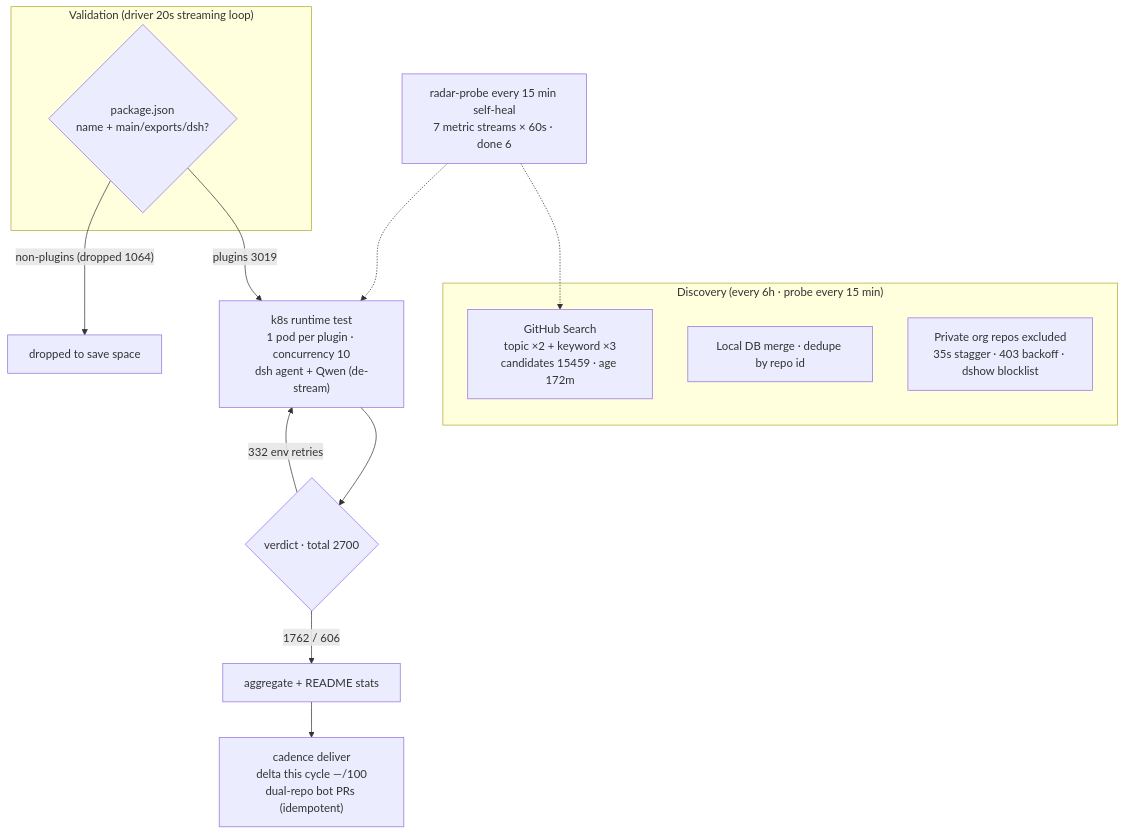
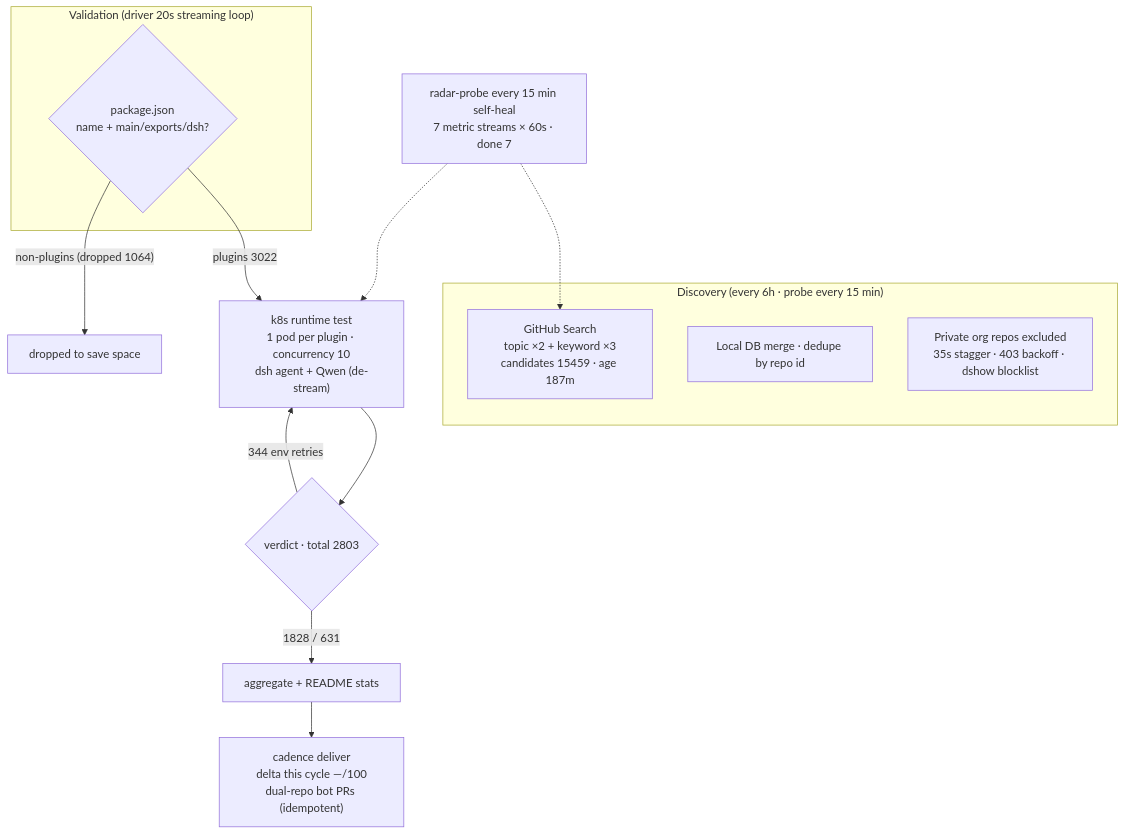
One commit to AdamPlatin123/awesome-dsh-plugins changed the diagram in README.en-US.md. Above: the diagram before and after it, drawn with Mermaid. The commit also changed other lines of this file and 5 other files, not shown here.

````diff
--- a/README.en-US.md
+++ b/README.en-US.md
@@ -30,20 +30,20 @@
 ```mermaid
 flowchart TB
     subgraph Discovery["Discovery (every 6h · probe every 15 min)"]
-        A1["GitHub Search<br/>topic ×2 + keyword ×3<br/>candidates 15459 · age 172m"]
+        A1["GitHub Search<br/>topic ×2 + keyword ×3<br/>candidates 15459 · age 187m"]
         A2["Local DB merge · dedupe by repo id"]
         A3["Private org repos excluded<br/>35s stagger · 403 backoff · dshow blocklist"]
     end
     subgraph Validation["Validation (driver 20s streaming loop)"]
         B1{"package.json<br/>name + main/exports/dsh?"}
     end
-    B1 -->|"plugins 3019"| C1["k8s runtime test<br/>1 pod per plugin · concurrency 10<br/>dsh agent + Qwen (de-stream)"]
+    B1 -->|"plugins 3022"| C1["k8s runtime test<br/>1 pod per plugin · concurrency 10<br/>dsh agent + Qwen (de-stream)"]
     B1 -->|"non-plugins (dropped 1064)"| B3["dropped to save space"]
-    C1 --> D1{"verdict · total 2700"}
-    D1 -->|"1762 / 606"| E1["aggregate + README stats"]
-    D1 -->|"332 env retries"| C1
+    C1 --> D1{"verdict · total 2803"}
+    D1 -->|"1828 / 631"| E1["aggregate + README stats"]
+    D1 -->|"344 env retries"| C1
     E1 --> E2["cadence deliver<br/>delta this cycle —/100<br/>dual-repo bot PRs (idempotent)"]
-    M["radar-probe every 15 min self-heal<br/>7 metric streams × 60s · done 6"]
+    M["radar-probe every 15 min self-heal<br/>7 metric streams × 60s · done 7"]
     M -.-> A1
     M -.-> C1
 ```
````
